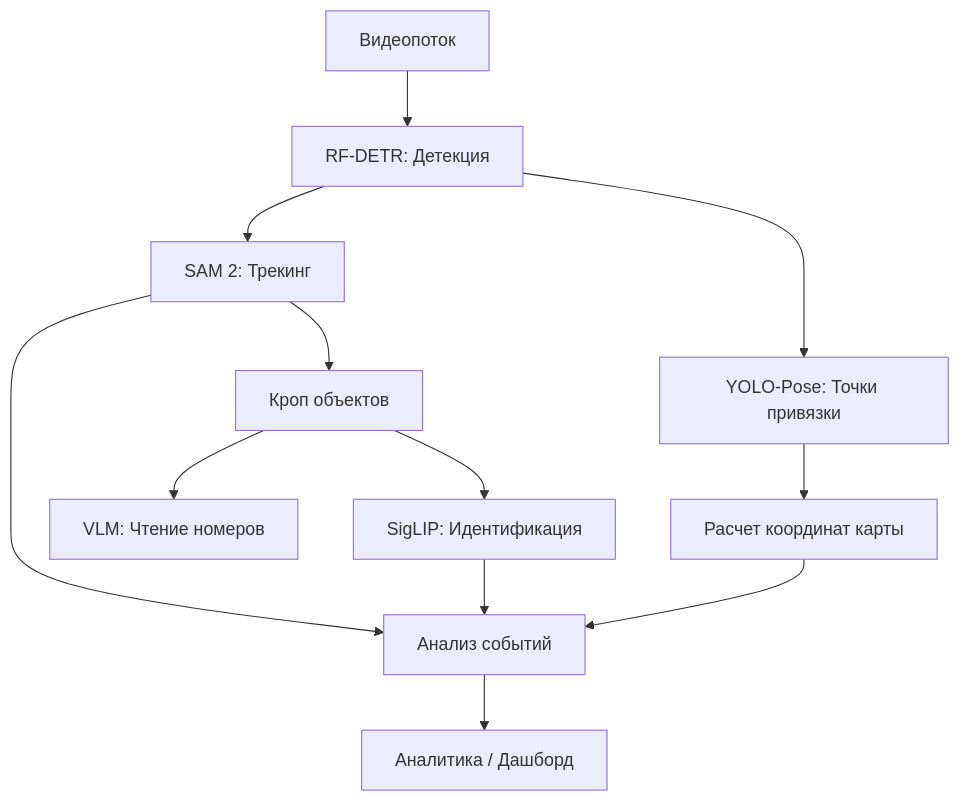
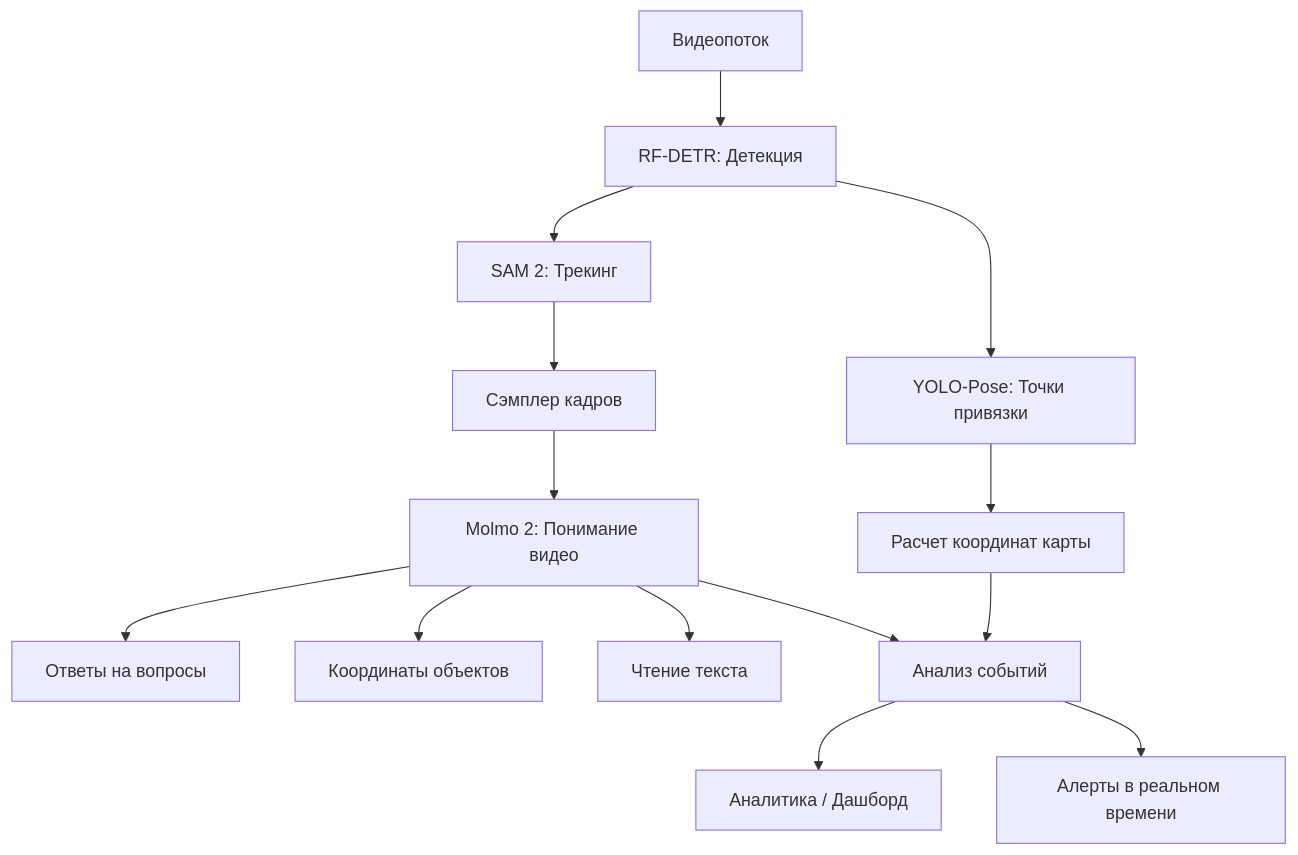
The diagram in docs/REFERENCE_ARCHITECTURE.md (albud1978/CV), drawn with Mermaid before and after one commit. The commit also changed other lines of this file and 7 other files, not shown here.

````diff
--- a/docs/REFERENCE_ARCHITECTURE.md
+++ b/docs/REFERENCE_ARCHITECTURE.md
@@ -48,14 +102,16 @@
 ```mermaid
 graph TD
     Video[Видеопоток] --> Detector[RF-DETR: Детекция]
     Detector --> Tracker[SAM 2: Трекинг]
-    Tracker --> Cropper[Кроп объектов]
-    Cropper --> ReID[SigLIP: Идентификация]
-    Cropper --> OCR[VLM: Чтение номеров]
+    Tracker --> Sampler[Сэмплер кадров]
+    Sampler --> VLM[Molmo 2: Понимание видео]
+    VLM --> QA[Ответы на вопросы]
+    VLM --> Pointing[Координаты объектов]
+    VLM --> OCR[Чтение текста]
     Detector --> Keypoints[YOLO-Pose: Точки привязки]
     Keypoints --> Homography[Расчет координат карты]
-    Tracker --> Events[Анализ событий]
-    ReID --> Events
+    VLM --> Events[Анализ событий]
     Homography --> Events
     Events --> Dashboard[Аналитика / Дашборд]
+    Events --> Alerts[Алерты в реальном времени]
 ```
````
